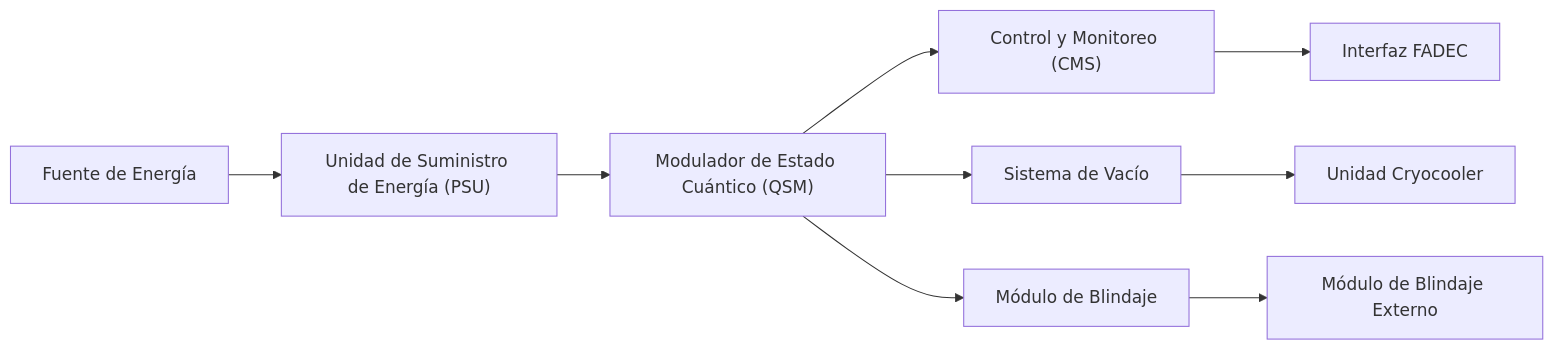
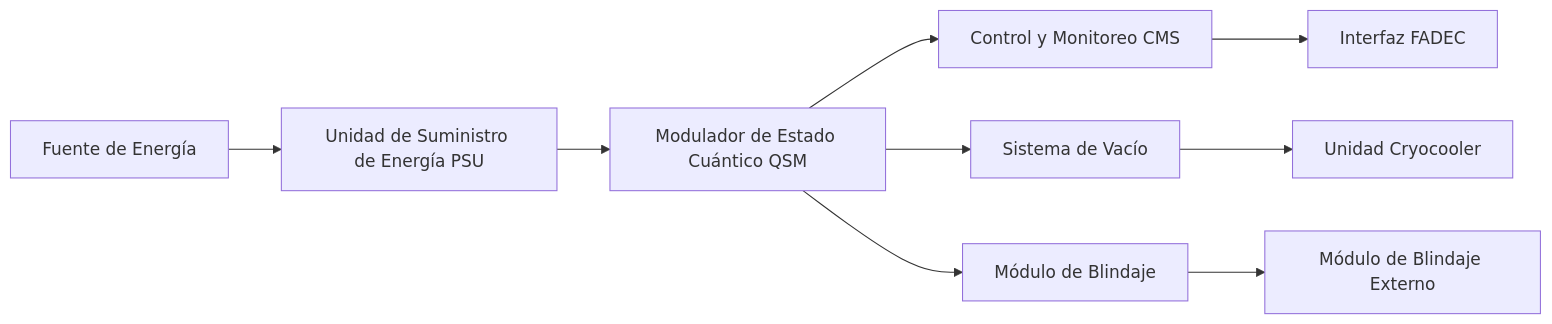
One commit to Robbbo-T/Ampel360XWLRGA changed diagram 12 of 28 in FTC-71-00 QPS.md. Above: the diagram before and after it, drawn with Mermaid. The commit also changed other lines of this file, not shown here.

````diff
--- a/FTC-71-00 QPS.md
+++ b/FTC-71-00 QPS.md
@@ -1610,11 +1610,11 @@
 ```mermaid
 graph LR
-    A["Fuente de Energía"] --> B["Unidad de Suministro de Energía (PSU)"]
-    B --> C["Modulador de Estado Cuántico (QSM)"]
-    C --> D["Control y Monitoreo (CMS)"]
+    A["Fuente de Energía"] --> B["Unidad de Suministro de Energía PSU"]
+    B --> C["Modulador de Estado Cuántico QSM"]
+    C --> D["Control y Monitoreo CMS"]
     C --> E["Sistema de Vacío"]
     C --> F["Módulo de Blindaje"]
     D --> G["Interfaz FADEC"]
     E --> H["Unidad Cryocooler"]
     F --> I["Módulo de Blindaje Externo"]
 ```
````
